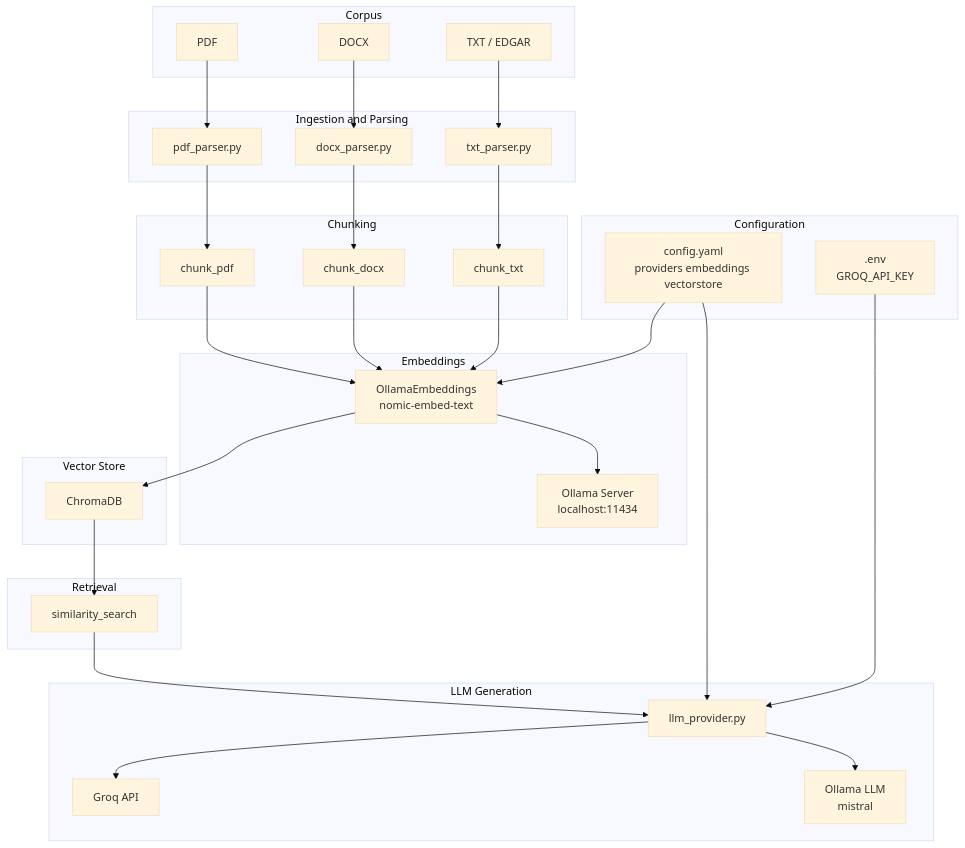
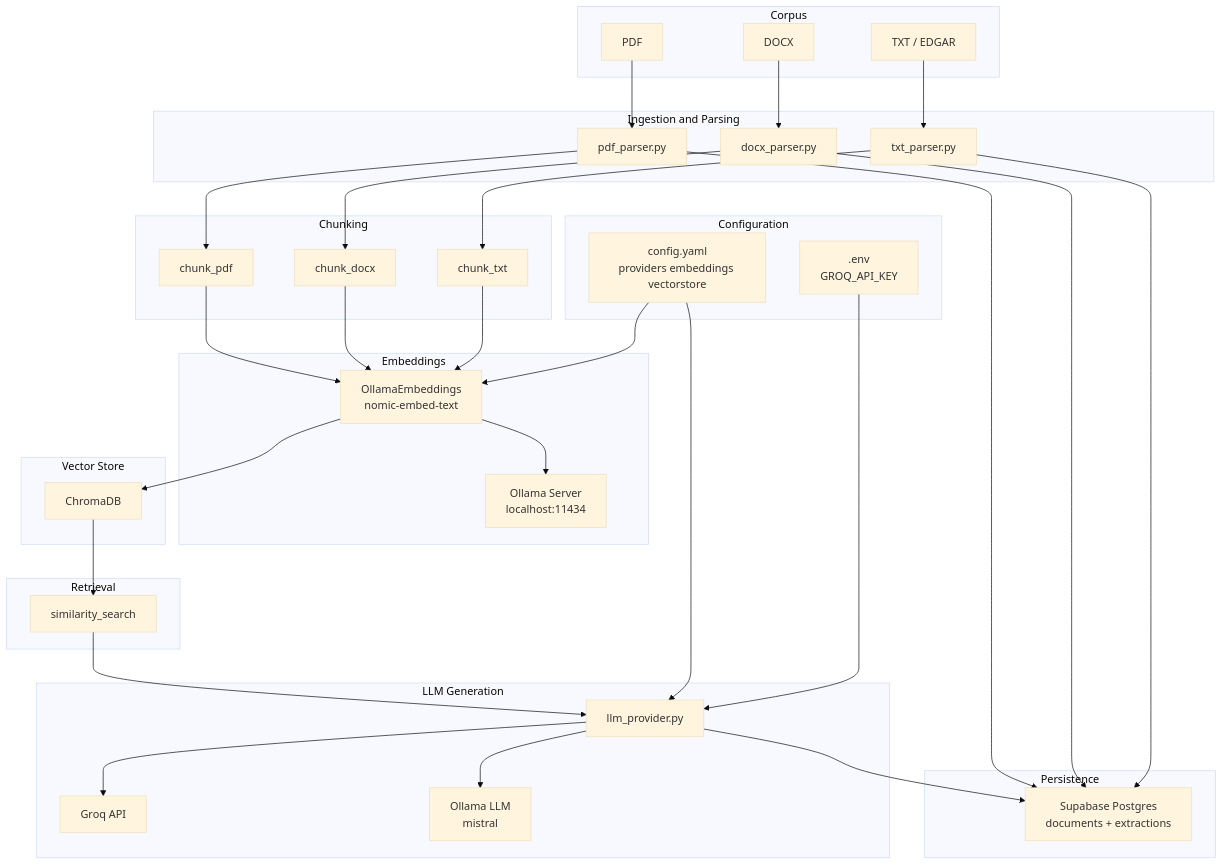
Before and after one commit to HOLOKIATEAM2026/Agent_Extraction: the diagram in architecture.md, drawn with Mermaid (base theme). The commit also changed other lines of this file and 13 other files, not shown here.

````diff
--- a/architecture.md
+++ b/architecture.md
@@ -60,59 +77,67 @@
 ```mermaid
 flowchart TD
 
   subgraph DATA[Corpus]
     PDF[PDF]
     DOCX[DOCX]
     TXT[TXT / EDGAR]
   end
 
   subgraph CFG[Configuration]
     ENV[".env<br/>GROQ_API_KEY"]
     YAML["config.yaml<br/>providers embeddings vectorstore"]
   end
 
   subgraph ING[Ingestion and Parsing]
     PPDF["pdf_parser.py"]
     PDOCX["docx_parser.py"]
     PTXT["txt_parser.py"]
   end
 
   subgraph CHK[Chunking]
     CHPDF["chunk_pdf"]
     CHDOCX["chunk_docx"]
     CHTXT["chunk_txt"]
   end
 
   subgraph EMB[Embeddings]
     OLL_EMB["OllamaEmbeddings<br/>nomic-embed-text"]
     OLLAMA["Ollama Server<br/>localhost:11434"]
   end
 
   subgraph VS[Vector Store]
     CHROMA["ChromaDB"]
   end
 
+  subgraph DB[Persistence]
+    SUPA["Supabase Postgres<br/>documents + extractions"]
+  end
+
   subgraph RET[Retrieval]
     SIM["similarity_search"]
   end
 
   subgraph GEN[LLM Generation]
     LLM["llm_provider.py"]
     GROQ["Groq API"]
     OLL_LLM["Ollama LLM<br/>mistral"]
   end
 
   PDF --> PPDF --> CHPDF --> OLL_EMB
   DOCX --> PDOCX --> CHDOCX --> OLL_EMB
   TXT --> PTXT --> CHTXT --> OLL_EMB
 
   YAML --> OLL_EMB
   OLL_EMB --> OLLAMA
   OLL_EMB --> CHROMA
   CHROMA --> SIM
   SIM --> LLM
   YAML --> LLM
   ENV --> LLM
   LLM --> GROQ
   LLM --> OLL_LLM
+  PPDF --> SUPA
+  PDOCX --> SUPA
+  PTXT --> SUPA
+  LLM --> SUPA
 ```
````
